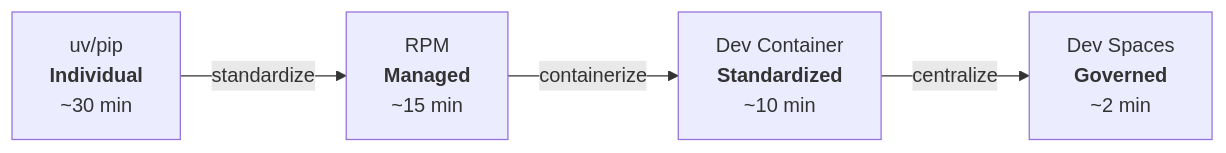
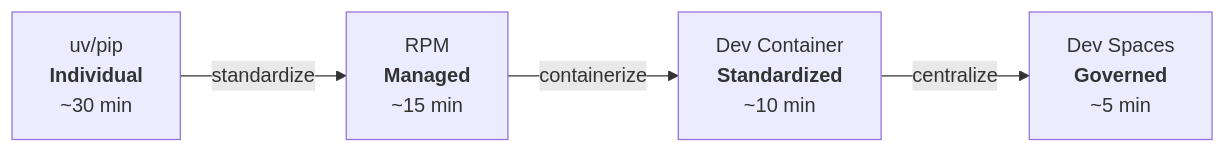
Before and after one commit to ansible-tmm/solution-guides: the first of 4 diagrams in README-Ansible-DevTools.md, drawn with Mermaid. The commit also changed other lines of this file, not shown here.

First line of the commit message:
DevTools guide: fix Dev Spaces timing and remove redundant text (#38)

````diff
--- a/README-Ansible-DevTools.md
+++ b/README-Ansible-DevTools.md
@@ -9,6 +9,6 @@
 ```mermaid
 graph LR
     A["uv/pip<br/><b>Individual</b><br/>~30 min"] -->|standardize| B["RPM<br/><b>Managed</b><br/>~15 min"]
     B -->|containerize| C["Dev Container<br/><b>Standardized</b><br/>~10 min"]
-    C -->|centralize| D["Dev Spaces<br/><b>Governed</b><br/>~2 min"]
+    C -->|centralize| D["Dev Spaces<br/><b>Governed</b><br/>~5 min"]
 ```
````
